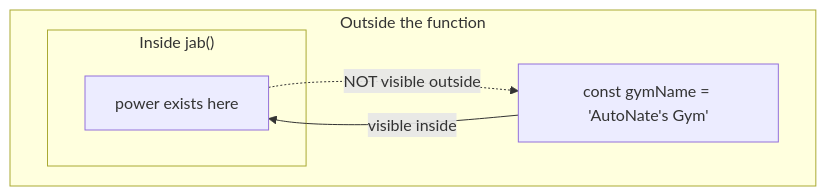
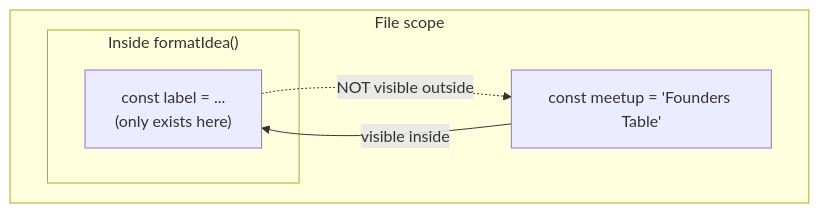
One commit to AutoNateAI/roblox-gamelab-2 changed the diagram in apps/marketplace/content/tutorials/intro-to-javascript-for-beginners/04-functions-and-scope.md. Above: the diagram before and after it, drawn with Mermaid. The commit also changed other lines of this file and 130 other files, not shown here.

````diff
--- a/apps/marketplace/content/tutorials/intro-to-javascript-for-beginners/04-functions-and-scope.md
+++ b/apps/marketplace/content/tutorials/intro-to-javascript-for-beginners/04-functions-and-scope.md
@@ -68,11 +235,11 @@
 ```mermaid
 flowchart TD
-  subgraph Outer["Outside the function"]
-    O["const gymName = 'AutoNate's Gym'"]
-    subgraph Inner["Inside jab()"]
-      I["power exists here"]
+  subgraph Outer["File scope"]
+    O["const meetup = 'Founders Table'"]
+    subgraph Inner["Inside formatIdea()"]
+      I["const label = ...<br/>(only exists here)"]
     end
   end
   O -->|"visible inside"| I
   I -.->|"NOT visible outside"| O
 ```
````
